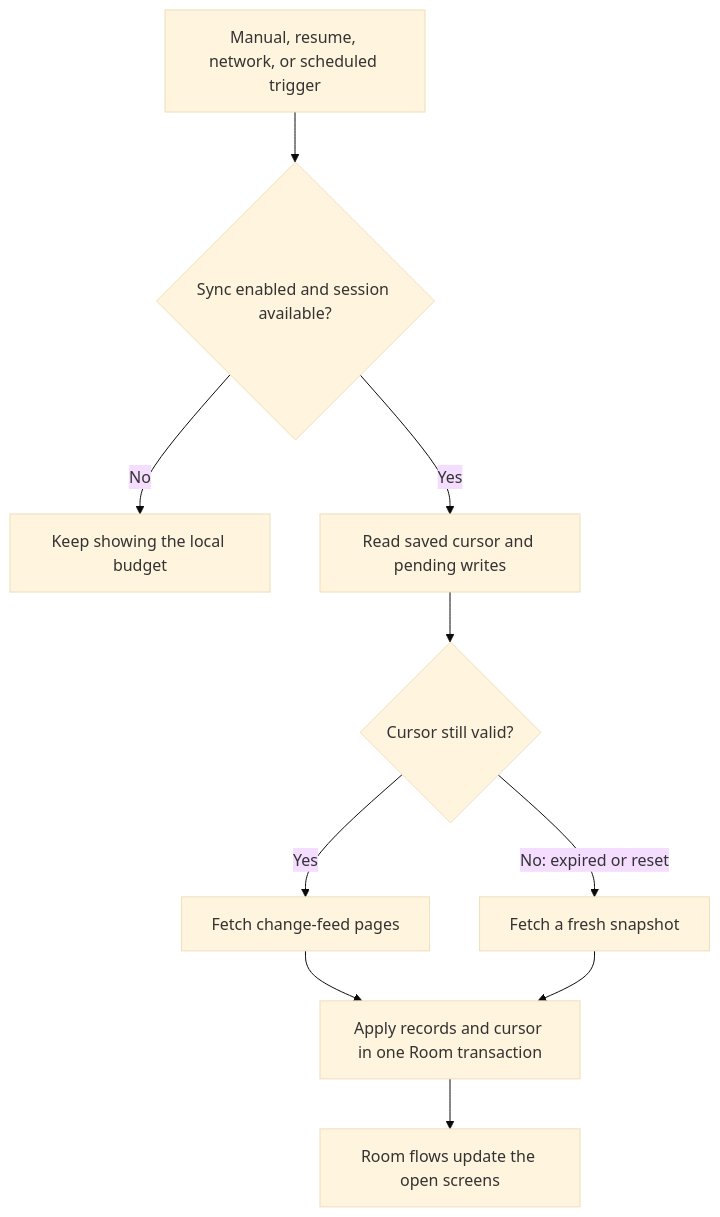
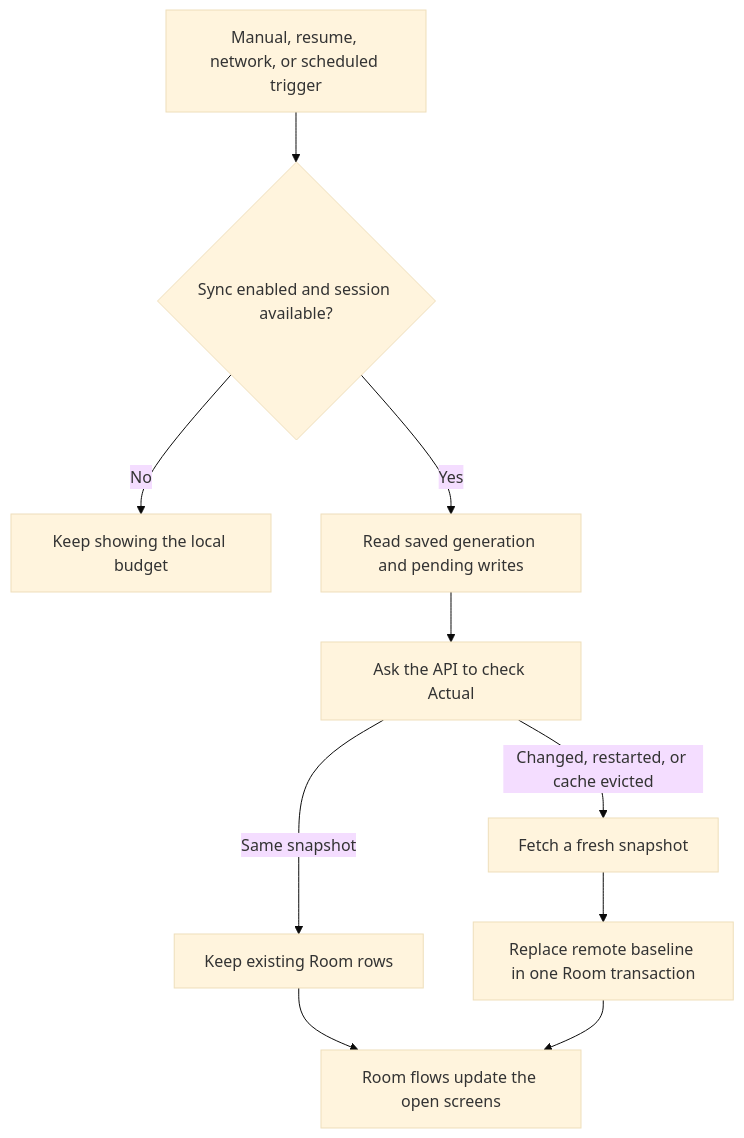
One commit to Nischay-Pro/tandem changed the third of 4 diagrams in docs/mobile-sync.md. Above: the diagram before and after it, drawn with Mermaid (base theme). The commit also changed other lines of this file and 29 other files, not shown here.

Commit message:
refactor(api): keep budget snapshots in memory

````diff
--- a/docs/mobile-sync.md
+++ b/docs/mobile-sync.md
@@ -79,12 +81,12 @@
 ```mermaid
 flowchart TD
   Trigger[Manual, resume, network, or scheduled trigger] --> Ready{Sync enabled and session available?}
   Ready -->|No| Cache[Keep showing the local budget]
-  Ready -->|Yes| Cursor[Read saved cursor and pending writes]
-  Cursor --> Valid{Cursor still valid?}
-  Valid -->|Yes| Pages[Fetch change-feed pages]
-  Valid -->|No: expired or reset| Snapshot[Fetch a fresh snapshot]
-  Pages --> Apply[Apply records and cursor in one Room transaction]
-  Snapshot --> Apply
-  Apply --> UI[Room flows update the open screens]
+  Ready -->|Yes| Cursor[Read saved generation and pending writes]
+  Cursor --> Refresh[Ask the API to check Actual]
+  Refresh -->|Same snapshot| NoChange[Keep existing Room rows]
+  Refresh -->|Changed, restarted, or cache evicted| Snapshot[Fetch a fresh snapshot]
+  Snapshot --> Apply[Replace remote baseline in one Room transaction]
+  NoChange --> UI[Room flows update the open screens]
+  Apply --> UI
 ```
````
